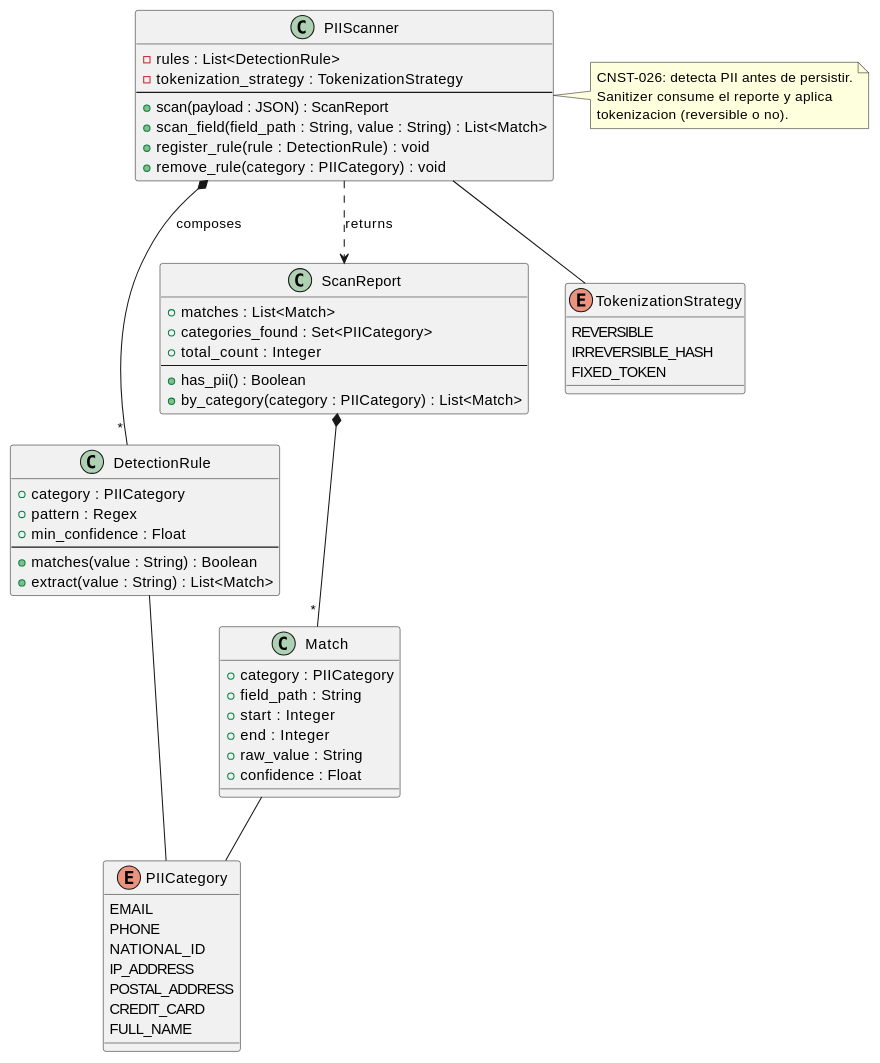
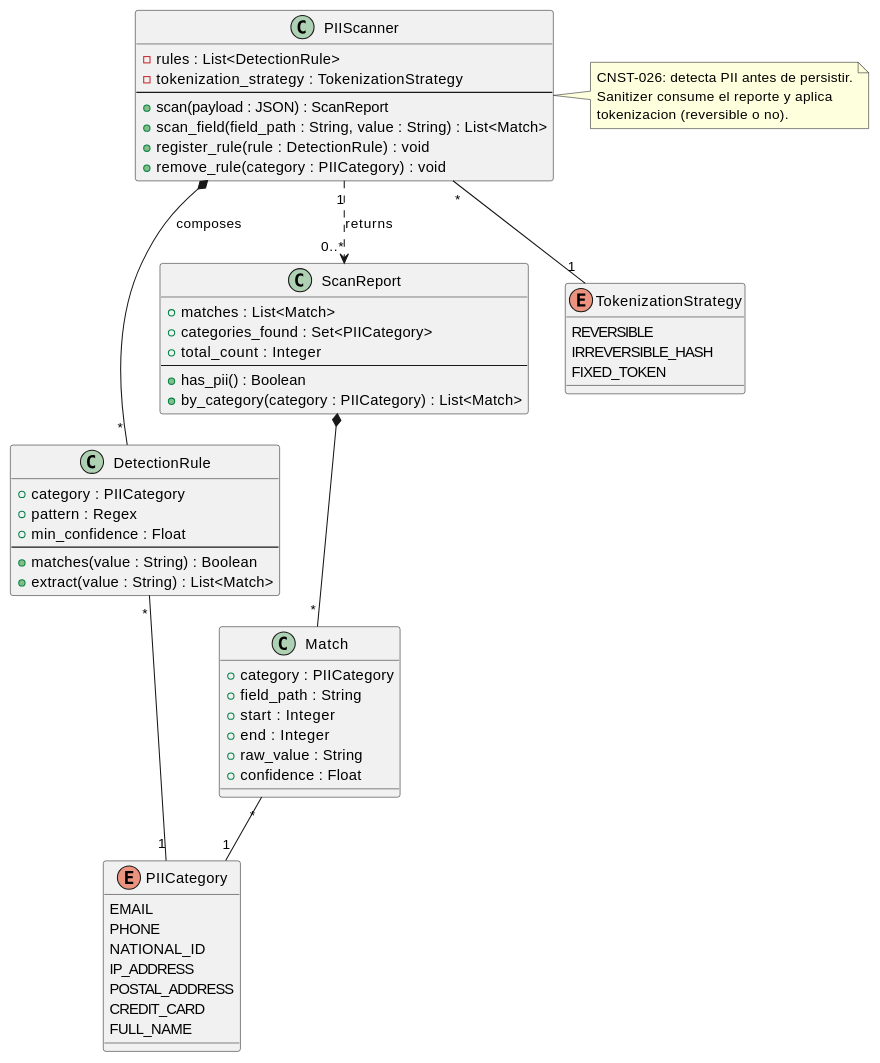
The diagram in source/arquitectura-tecnica/domain-model/pii-scanner.rst (jcg-admin/IACT-docs), drawn with PlantUML before and after one commit. The commit also changed 44 other files, not shown here.

First line of the commit message:
Apply UML rigor pass batch 3: sweep multiplicities + checklist

```diff
--- a/source/arquitectura-tecnica/domain-model/pii-scanner.rst
+++ b/source/arquitectura-tecnica/domain-model/pii-scanner.rst
@@ -33,73 +33,73 @@
 .. uml::
  :caption: Clase PIIScanner — detector de PII en payload de
            AuditEvent (CNST-026).
 
  @startuml
 
  class PIIScanner {
    - rules : List<DetectionRule>
    - tokenization_strategy : TokenizationStrategy
    --
    + scan(payload : JSON) : ScanReport
    + scan_field(field_path : String, value : String) : List<Match>
    + register_rule(rule : DetectionRule) : void
    + remove_rule(category : PIICategory) : void
  }
 
  class DetectionRule {
    + category : PIICategory
    + pattern : Regex
    + min_confidence : Float
    --
    + matches(value : String) : Boolean
    + extract(value : String) : List<Match>
  }
 
  class Match {
    + category : PIICategory
    + field_path : String
    + start : Integer
    + end : Integer
    + raw_value : String
    + confidence : Float
  }
 
  class ScanReport {
    + matches : List<Match>
    + categories_found : Set<PIICategory>
    + total_count : Integer
    --
    + has_pii() : Boolean
    + by_category(category : PIICategory) : List<Match>
  }
 
  enum PIICategory {
    EMAIL
    PHONE
    NATIONAL_ID
    IP_ADDRESS
    POSTAL_ADDRESS
    CREDIT_CARD
    FULL_NAME
  }
 
  enum TokenizationStrategy {
    REVERSIBLE
    IRREVERSIBLE_HASH
    FIXED_TOKEN
  }
 
  PIIScanner *-- "*" DetectionRule : composes
- PIIScanner ..> ScanReport : returns
- PIIScanner -- TokenizationStrategy
- DetectionRule -- PIICategory
+ PIIScanner "1" ..> "0..*" ScanReport : returns
+ PIIScanner "*" -- "1" TokenizationStrategy
+ DetectionRule "*" -- "1" PIICategory
  ScanReport *-- "*" Match
- Match -- PIICategory
+ Match "*" -- "1" PIICategory
 
  note right of PIIScanner
    CNST-026: detecta PII antes de persistir.
    Sanitizer consume el reporte y aplica
    tokenizacion (reversible o no).
  end note
 
  @enduml
```
